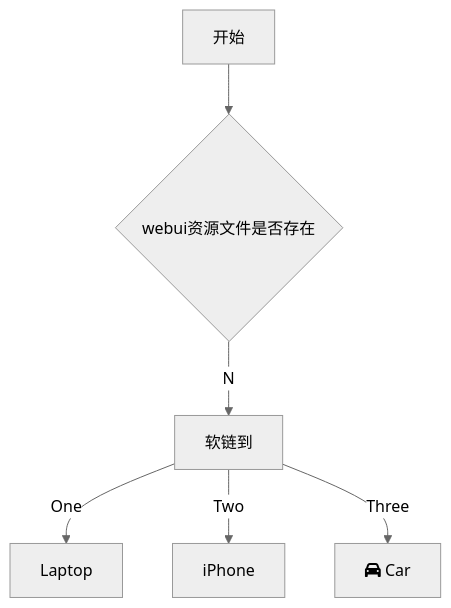
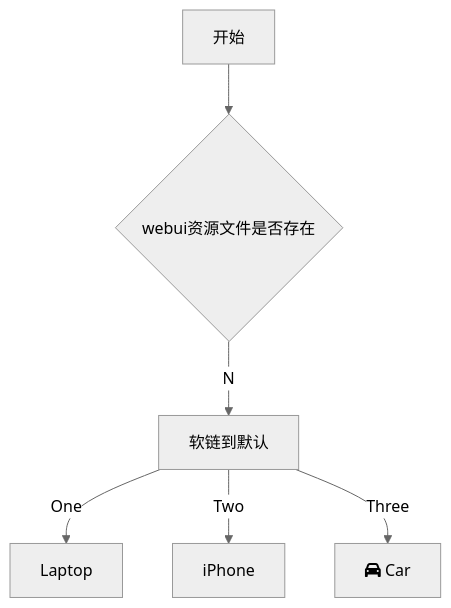
Before and after one commit to HaleyCoder/iodraw-files: the diagram in all/未命名.md, drawn with Mermaid (neutral theme).

Commit message:
2024-08-29 14:35:29 update

````diff
--- a/all/未命名.md
+++ b/all/未命名.md
@@ -1,9 +1,9 @@
 ```mermaid
 graph TD
     A[开始] --> B{webui资源文件是否存在}
-    B -->|N| C[软链到]
+    B -->|N| C[软链到默认]
     C -->|One| D[Laptop]
     C -->|Two| E[iPhone]
     C -->|Three| F[fa:fa-car Car]
   
 ```
````
